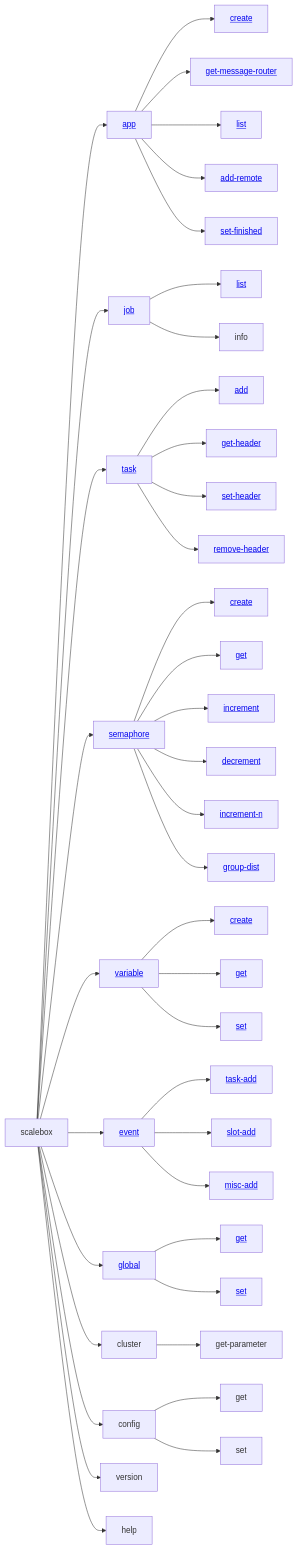
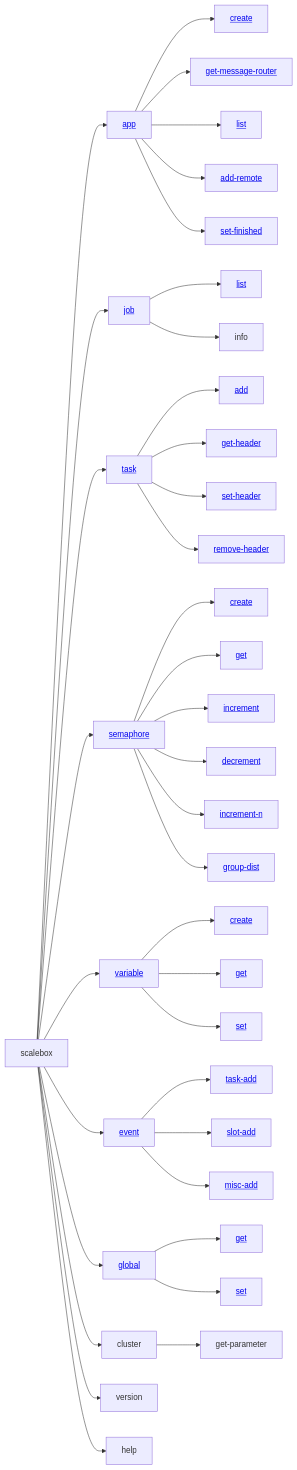
The diagram in docs/zh_CN/source/appendix/cmdline.md (kaichao/scalebox), drawn with Mermaid before and after one commit. The commit also changed 1 other file, not shown here.

````diff
--- a/docs/zh_CN/source/appendix/cmdline.md
+++ b/docs/zh_CN/source/appendix/cmdline.md
@@ -31,54 +31,50 @@
 ```{mermaid}
 
 graph LR
   scalebox --> app[<a href="#app">app</a>]
   app --> app-create[<a href="#app-create">create</a>]
   app --> get-message-router[<a href="#app-get-message-router">get-message-router</a>]
   app --> app-list[<a href="#app-list">list</a>]
   app --> app-add-remote[<a href="#app-add-remote">add-remote</a>]
   app --> app-set-finished[<a href="#app-set-finished">set-finished</a>]
 
   scalebox --> job[<a href="#job">job</a>]
   job --> job-list[<a href="#job-list">list</a>]
   job --> job-info[info]
 
   scalebox --> task[<a href="#task">task</a>]
   task --> task-add[<a href="#task-add">add</a>]
   task --> task-get-header[<a href="#task-get-header">get-header</a>]
   task --> task-set-header[<a href="#task-set-header">set-header</a>]
   task --> task-remove-header[<a href="#task-remove-header">remove-header</a>]
 
   scalebox --> semaphore[<a href="#semaphore">semaphore</a>]
   semaphore --> sema-create[<a href="#semaphore-create">create</a>]
   semaphore --> semaphore-get[<a href="#semaphore-get">get</a>]
   semaphore --> increment[<a href="#semaphore-increment">increment</a>]
   semaphore --> decrement[<a href="#semaphore-decrement">decrement</a>]
   semaphore --> increment-n[<a href="#semaphore-increment">increment-n</a>]
   semaphore --> semaphore-group-dist[<a href="#semaphore-group-dist">group-dist</a>]
 
   scalebox --> variable[<a href="#variable">variable</a>]
   variable --> variable-create[<a href="#variable-create">create</a>]
   variable --> variable-get[<a href="#variable-get">get</a>]
   variable --> variable-set[<a href="#variable-set">set</a>]
 
   scalebox --> event[<a href="#event">event</a>]
   event --> event-task-add[<a href="#event-task-add">task-add</a>]
   event --> event-slot-add[<a href="#event-slot-add">slot-add</a>]
   event --> event-misc-add[<a href="#event-misc-add">misc-add</a>]
 
   scalebox --> global[<a href="#global">global</a>]
   global --> global-get[<a href="#global-get">get</a>]
   global --> global-set[<a href="#global-set">set</a>]
 
   scalebox --> cluster
   cluster --> get-parameter
 
-  scalebox --> config
-  config --> config-get[get]
-  config --> config-set[set]  
-
   scalebox --> version
 
   scalebox --> help
 
 ```
````
